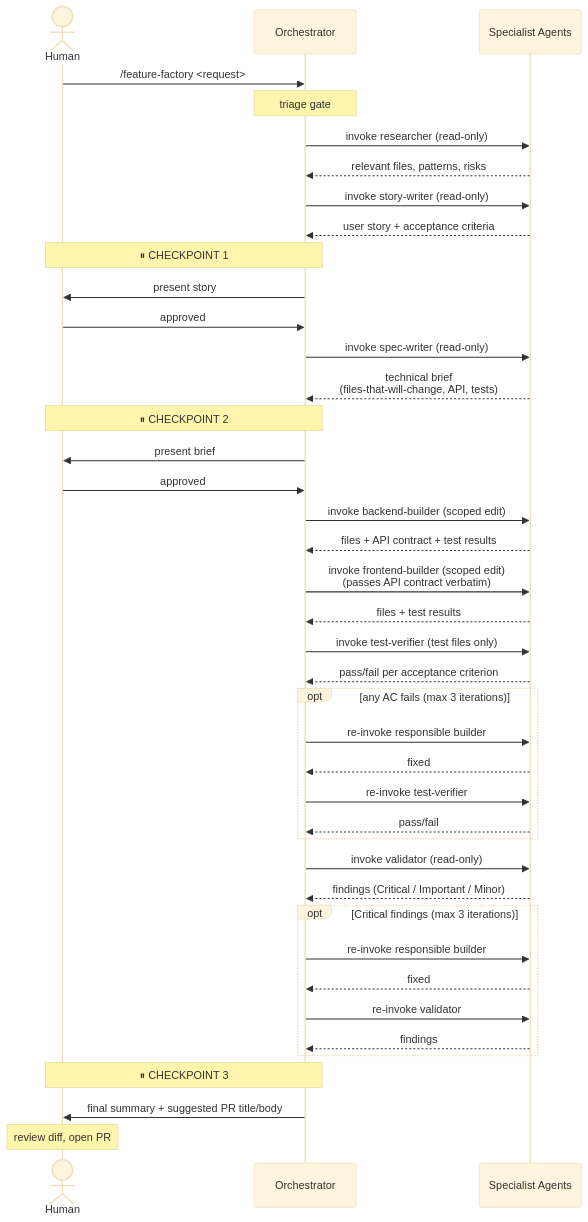
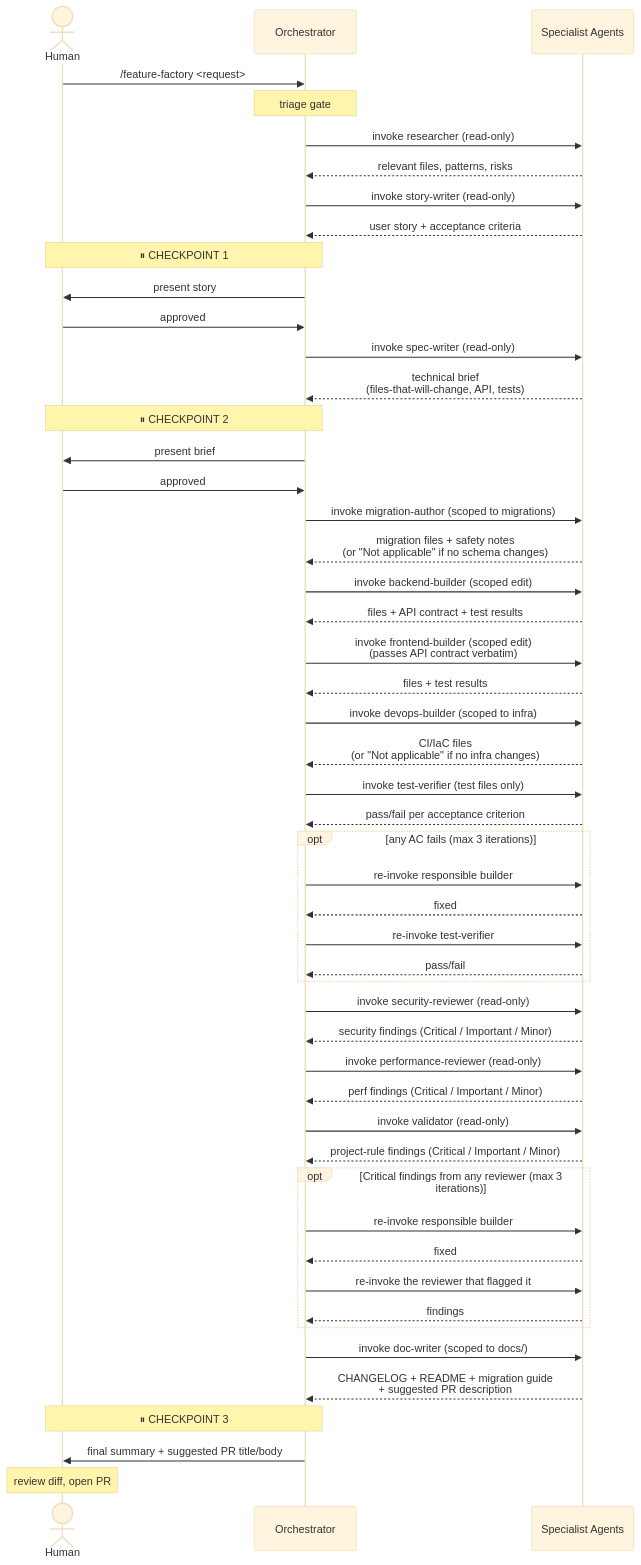
Before and after one commit to dewantrie/ai-software-factory: the diagram in README.md, drawn with Mermaid (base theme). The commit also changed other lines of this file and 12 other files, not shown here.

````diff
--- a/README.md
+++ b/README.md
@@ -28,52 +28,63 @@
 ```mermaid
 sequenceDiagram
     actor Human
     participant Orchestrator
     participant Agents as Specialist Agents
 
     Human->>Orchestrator: /feature-factory <request>
     Note over Orchestrator: triage gate
     Orchestrator->>Agents: invoke researcher (read-only)
     Agents-->>Orchestrator: relevant files, patterns, risks
     Orchestrator->>Agents: invoke story-writer (read-only)
     Agents-->>Orchestrator: user story + acceptance criteria
 
     Note over Human,Orchestrator: ⏸ CHECKPOINT 1
     Orchestrator->>Human: present story
     Human->>Orchestrator: approved
 
     Orchestrator->>Agents: invoke spec-writer (read-only)
     Agents-->>Orchestrator: technical brief<br/>(files-that-will-change, API, tests)
 
     Note over Human,Orchestrator: ⏸ CHECKPOINT 2
     Orchestrator->>Human: present brief
     Human->>Orchestrator: approved
 
+    Orchestrator->>Agents: invoke migration-author (scoped to migrations)
+    Agents-->>Orchestrator: migration files + safety notes<br/>(or "Not applicable" if no schema changes)
     Orchestrator->>Agents: invoke backend-builder (scoped edit)
     Agents-->>Orchestrator: files + API contract + test results
     Orchestrator->>Agents: invoke frontend-builder (scoped edit)<br/>(passes API contract verbatim)
     Agents-->>Orchestrator: files + test results
+    Orchestrator->>Agents: invoke devops-builder (scoped to infra)
+    Agents-->>Orchestrator: CI/IaC files<br/>(or "Not applicable" if no infra changes)
     Orchestrator->>Agents: invoke test-verifier (test files only)
     Agents-->>Orchestrator: pass/fail per acceptance criterion
 
     opt any AC fails (max 3 iterations)
         Orchestrator->>Agents: re-invoke responsible builder
         Agents-->>Orchestrator: fixed
         Orchestrator->>Agents: re-invoke test-verifier
         Agents-->>Orchestrator: pass/fail
     end
 
+    Orchestrator->>Agents: invoke security-reviewer (read-only)
+    Agents-->>Orchestrator: security findings (Critical / Important / Minor)
+    Orchestrator->>Agents: invoke performance-reviewer (read-only)
+    Agents-->>Orchestrator: perf findings (Critical / Important / Minor)
     Orchestrator->>Agents: invoke validator (read-only)
-    Agents-->>Orchestrator: findings (Critical / Important / Minor)
+    Agents-->>Orchestrator: project-rule findings (Critical / Important / Minor)
 
-    opt Critical findings (max 3 iterations)
+    opt Critical findings from any reviewer (max 3 iterations)
         Orchestrator->>Agents: re-invoke responsible builder
         Agents-->>Orchestrator: fixed
-        Orchestrator->>Agents: re-invoke validator
+        Orchestrator->>Agents: re-invoke the reviewer that flagged it
         Agents-->>Orchestrator: findings
     end
+
+    Orchestrator->>Agents: invoke doc-writer (scoped to docs/)
+    Agents-->>Orchestrator: CHANGELOG + README + migration guide<br/>+ suggested PR description
 
     Note over Human,Orchestrator: ⏸ CHECKPOINT 3
     Orchestrator->>Human: final summary + suggested PR title/body
     Note over Human: review diff, open PR
 ```
````
